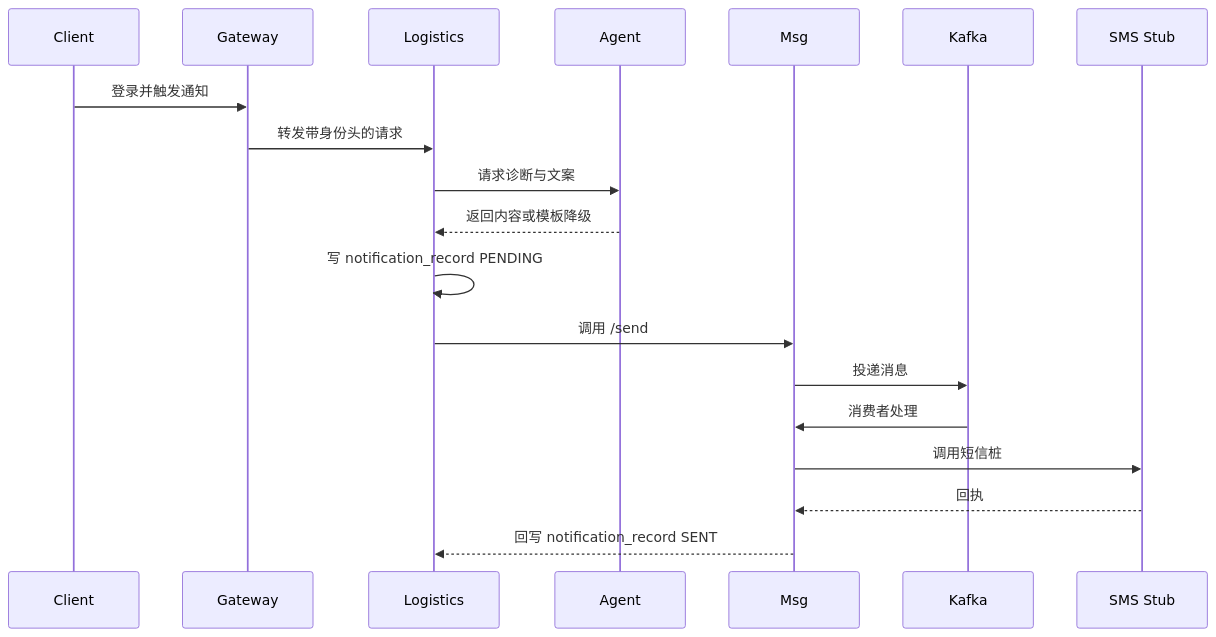
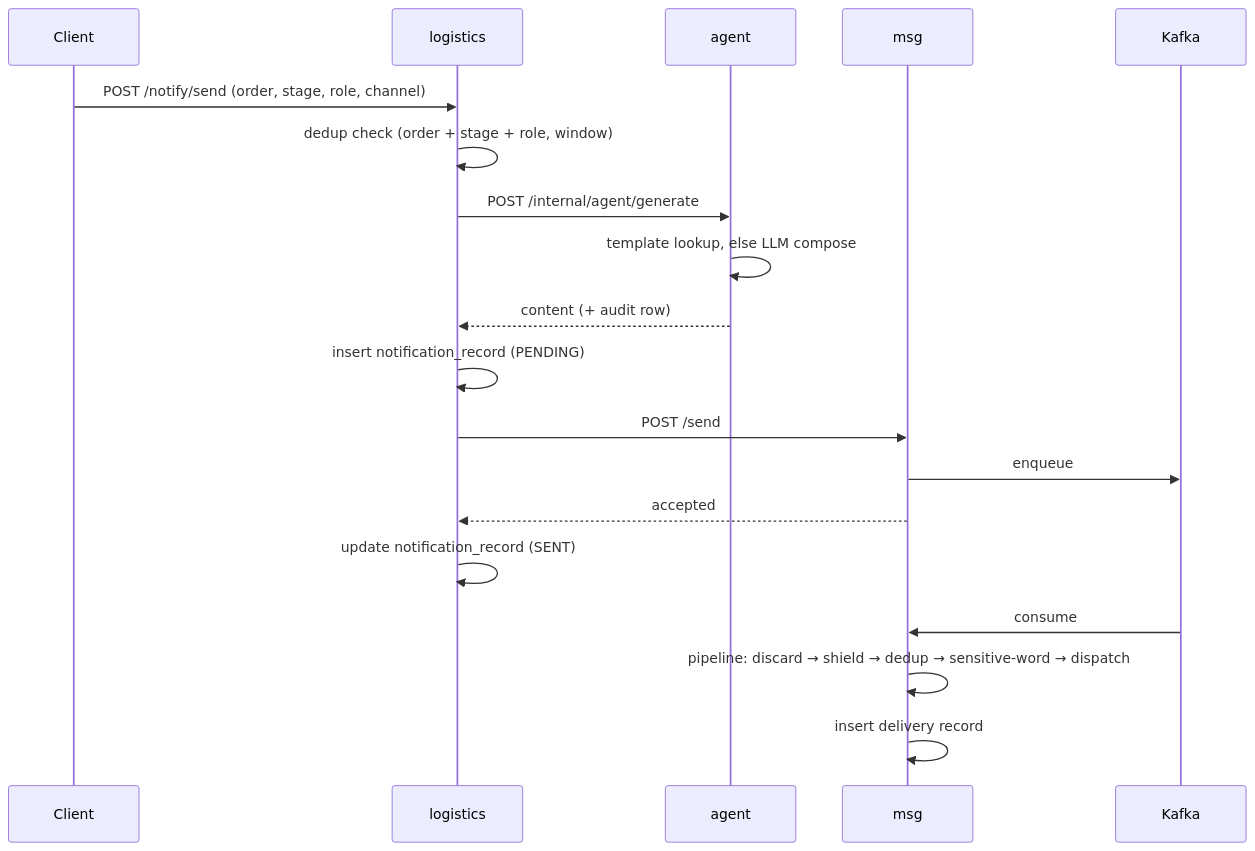
Before and after one commit to aroura-dev/Sentinel: the first of 3 diagrams in docs/ARCHITECTURE.md, drawn with Mermaid. The commit also changed other lines of this file and 891 other files, not shown here.

````diff
--- a/docs/ARCHITECTURE.md
+++ b/docs/ARCHITECTURE.md
@@ -55,22 +246,22 @@
 ```mermaid
 sequenceDiagram
     participant C as Client
-    participant G as Gateway
-    participant L as Logistics
-    participant A as Agent
-    participant M as Msg
+    participant L as logistics
+    participant A as agent
+    participant M as msg
     participant K as Kafka
-    participant S as SMS Stub
 
-    C->>G: 登录并触发通知
-    G->>L: 转发带身份头的请求
-    L->>A: 请求诊断与文案
-    A-->>L: 返回内容或模板降级
-    L->>L: 写 notification_record PENDING
-    L->>M: 调用 /send
-    M->>K: 投递消息
-    K->>M: 消费者处理
-    M->>S: 调用短信桩
-    S-->>M: 回执
-    M-->>L: 回写 notification_record SENT
+    C->>L: POST /notify/send (order, stage, role, channel)
+    L->>L: dedup check (order + stage + role, window)
+    L->>A: POST /internal/agent/generate
+    A->>A: template lookup, else LLM compose
+    A-->>L: content (+ audit row)
+    L->>L: insert notification_record (PENDING)
+    L->>M: POST /send
+    M->>K: enqueue
+    M-->>L: accepted
+    L->>L: update notification_record (SENT)
+    K->>M: consume
+    M->>M: pipeline: discard → shield → dedup → sensitive-word → dispatch
+    M->>M: insert delivery record
 ```
````
